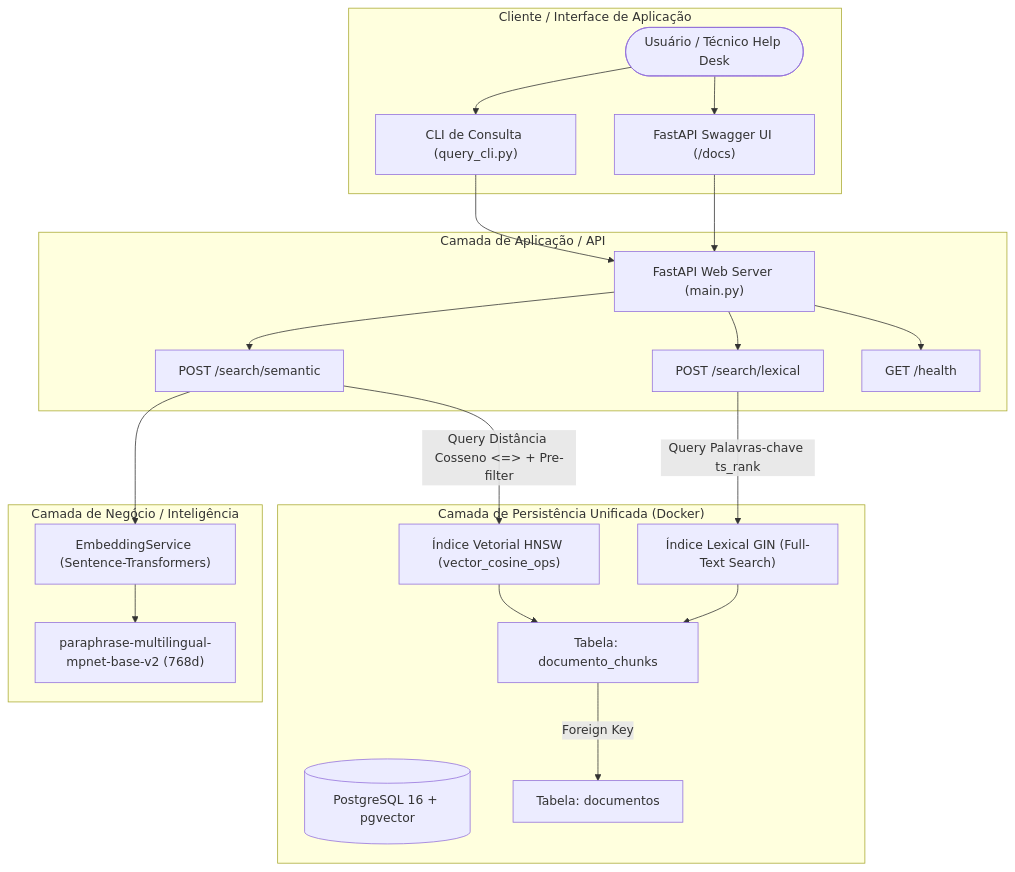
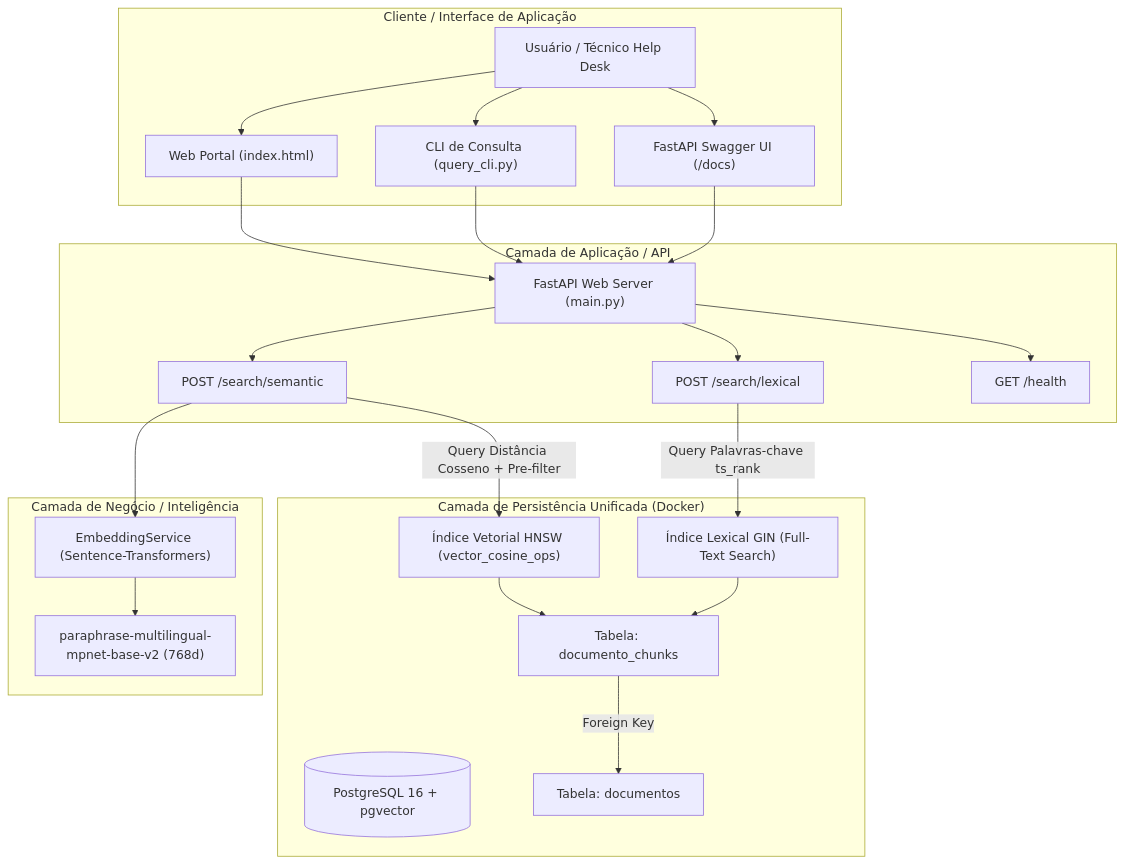
One commit to MatheusAquinoo/tcc-busca-semantica changed the diagram in README.md. Above: the diagram before and after it, drawn with Mermaid. The commit also changed 2 other files, not shown here.

Commit message:
fix(docs): corrigir renderizacao do diagrama Mermaid no GitHub e adicionar GitHub Actions (CI e Lint)

````diff
--- a/README.md
+++ b/README.md
@@ -16,40 +16,43 @@
 ```mermaid
 flowchart TD
-    subgraph Cliente ["Cliente / Interface de Aplicação"]
-        User(["Usuário / Técnico Help Desk"])
+    subgraph Cliente["Cliente / Interface de Aplicação"]
+        User["Usuário / Técnico Help Desk"]
+        WebUI["Web Portal (index.html)"]
         CLI["CLI de Consulta (query_cli.py)"]
         Swagger["FastAPI Swagger UI (/docs)"]
+        User --> WebUI
         User --> CLI
         User --> Swagger
     end
 
-    subgraph Camada_API ["Camada de Aplicação / API"]
+    subgraph Camada_API["Camada de Aplicação / API"]
         FastAPI["FastAPI Web Server (main.py)"]
+        WebUI --> FastAPI
         CLI --> FastAPI
         Swagger --> FastAPI
         FastAPI --> SemRoute["POST /search/semantic"]
         FastAPI --> LexRoute["POST /search/lexical"]
         FastAPI --> HealthRoute["GET /health"]
     end
 
-    subgraph Camada_Negocio ["Camada de Negócio / Inteligência"]
+    subgraph Camada_Negocio["Camada de Negócio / Inteligência"]
         EmbedService["EmbeddingService (Sentence-Transformers)"]
         Model["paraphrase-multilingual-mpnet-base-v2 (768d)"]
         EmbedService --> Model
         SemRoute --> EmbedService
     end
 
-    subgraph Camada_Dados ["Camada de Persistência Unificada (Docker)"]
-        Postgres[("PostgreSQL 16 + pgvector")]
+    subgraph Camada_Dados["Camada de Persistência Unificada (Docker)"]
+        Postgres[(PostgreSQL 16 + pgvector)]
         T_Doc["Tabela: documentos"]
         T_Chunks["Tabela: documento_chunks"]
         HNSW["Índice Vetorial HNSW (vector_cosine_ops)"]
         GIN["Índice Lexical GIN (Full-Text Search)"]
         
-        SemRoute -->|Query Distância Cosseno <=> + Pre-filter| HNSW
-        LexRoute -->|Query Palavras-chave ts_rank| GIN
+        SemRoute -->|"Query Distância Cosseno + Pre-filter"| HNSW
+        LexRoute -->|"Query Palavras-chave ts_rank"| GIN
         HNSW --> T_Chunks
         GIN --> T_Chunks
-        T_Chunks -->|Foreign Key| T_Doc
+        T_Chunks -->|"Foreign Key"| T_Doc
     end
 ```
````
